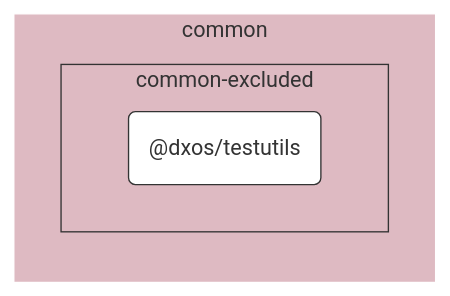
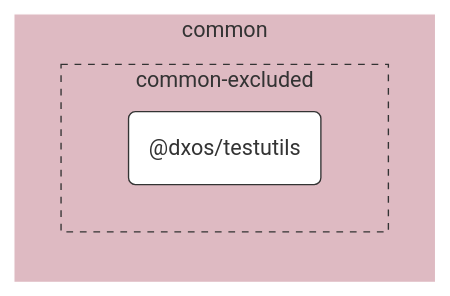
The diagram in packages/common/testutils/docs/README.md (dxos/dxos), drawn with Mermaid before and after one commit. The commit also changed 65 other files, not shown here.

````diff
--- a/packages/common/testutils/docs/README.md
+++ b/packages/common/testutils/docs/README.md
@@ -7,24 +7,24 @@
 ```mermaid
 %%{ init: {'flowchart':{'curve':'basis'}} }%%
 
 flowchart LR
 
 %% Classes
 classDef def fill:#fff,stroke:#333,stroke-width:1px
 classDef root fill:#fff,stroke:#333,stroke-width:4px
 
 %% Nodes
 
 subgraph common [common]
   style common fill:#debac2,stroke:#fff
 
   subgraph common-excluded [common-excluded]
-    style common-excluded fill:#debac2,stroke:#333,stroke-dashed:5 5
+    style common-excluded fill:#debac2,stroke:#333,stroke-dasharray:5 5
     dxos/testutils("@dxos/testutils"):::def
     click dxos/testutils "dxos/dxos/tree/main/packages/common/testutils/docs"
   end
 end
 
 %% Links
 linkStyle default stroke:#333,stroke-width:1px
 ```
````
